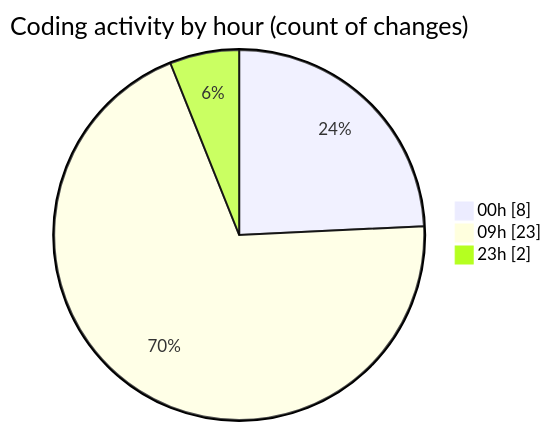
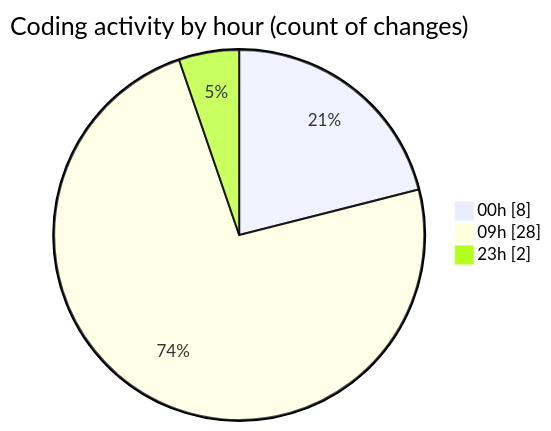
One commit to momahboobian/code-tracking changed the second of 2 diagrams in 2025-12-18/cda/README.md. Above: the diagram before and after it, drawn with Mermaid. The commit also changed other lines of this file and 1 other file, not shown here.

````diff
--- a/2025-12-18/cda/README.md
+++ b/2025-12-18/cda/README.md
@@ -41,7 +45,7 @@
 ```mermaid
 pie showData
 title Coding activity by hour (count of changes)
 "00h" : 8
-"09h" : 23
+"09h" : 28
 "23h" : 2
 ```
````
